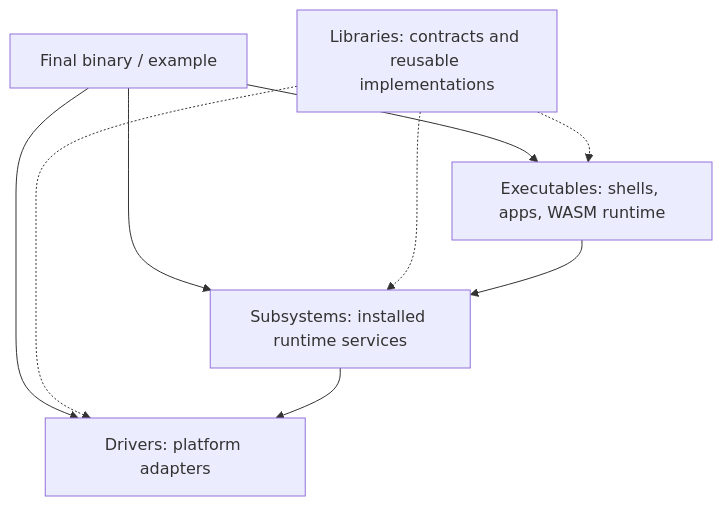
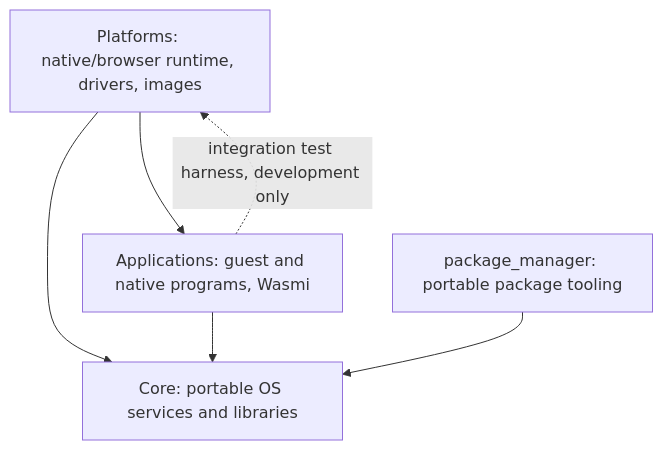
One commit to Xila-Project/Website changed the diagram in src/explanation/architecture/index.md. Above: the diagram before and after it, drawn with Mermaid. The commit also changed other lines of this file, not shown here.

Commit message:
docs: document separated Core, Applications and Platforms tasks and ownership

````diff
--- a/src/explanation/architecture/index.md
+++ b/src/explanation/architecture/index.md
@@ -13,11 +13,8 @@
 ```mermaid
-flowchart TB
-    Binary[Final binary / example] --> Subsystems[Subsystems: installed runtime services]
-    Binary --> Drivers[Drivers: platform adapters]
-    Binary --> Executables[Executables: shells, apps, WASM runtime]
-    Libraries[Libraries: contracts and reusable implementations] -.-> Subsystems
-    Libraries -.-> Drivers
-    Libraries -.-> Executables
-    Executables --> Subsystems
-    Subsystems --> Drivers
+flowchart TD
+    P[Platforms: native/browser runtime, drivers, images] --> C[Core: portable OS services and libraries]
+    P --> A[Applications: guest and native programs, Wasmi]
+    A --> C
+    A -.->|integration test harness, development only| P
+    R[package_manager: portable package tooling] --> C
 ```
````
